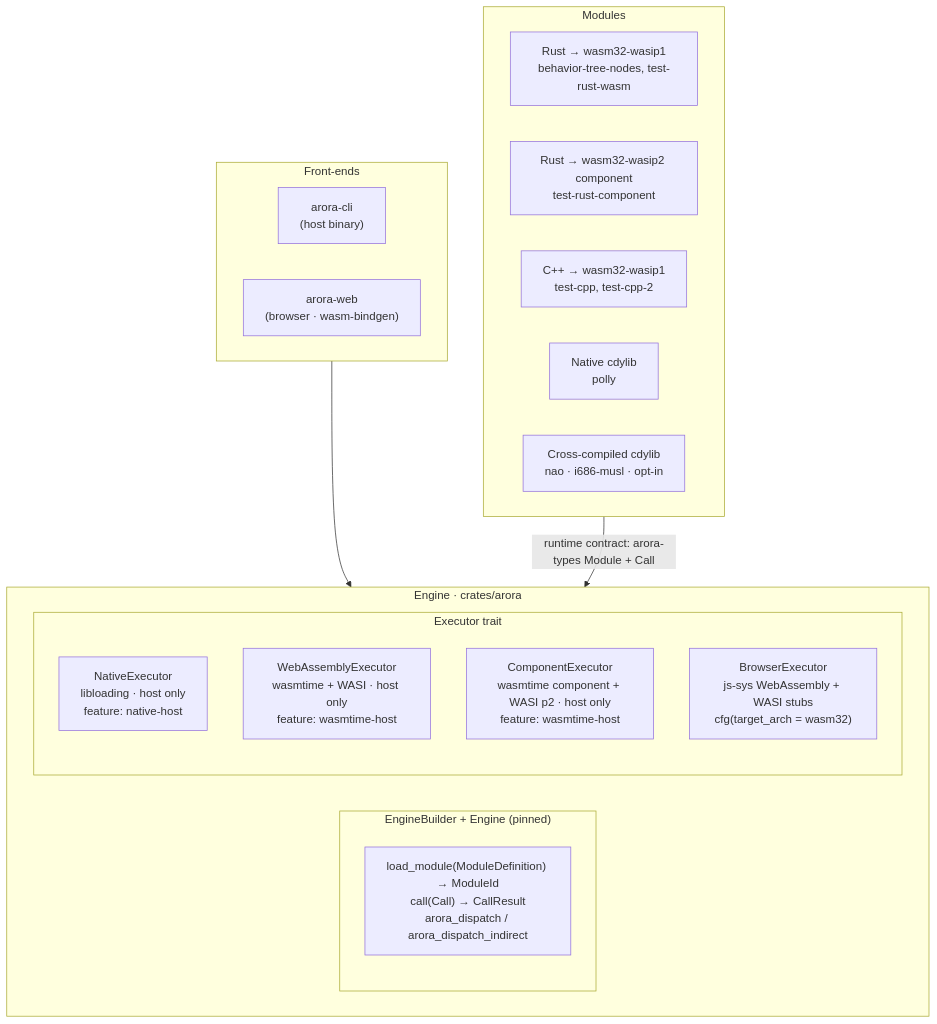
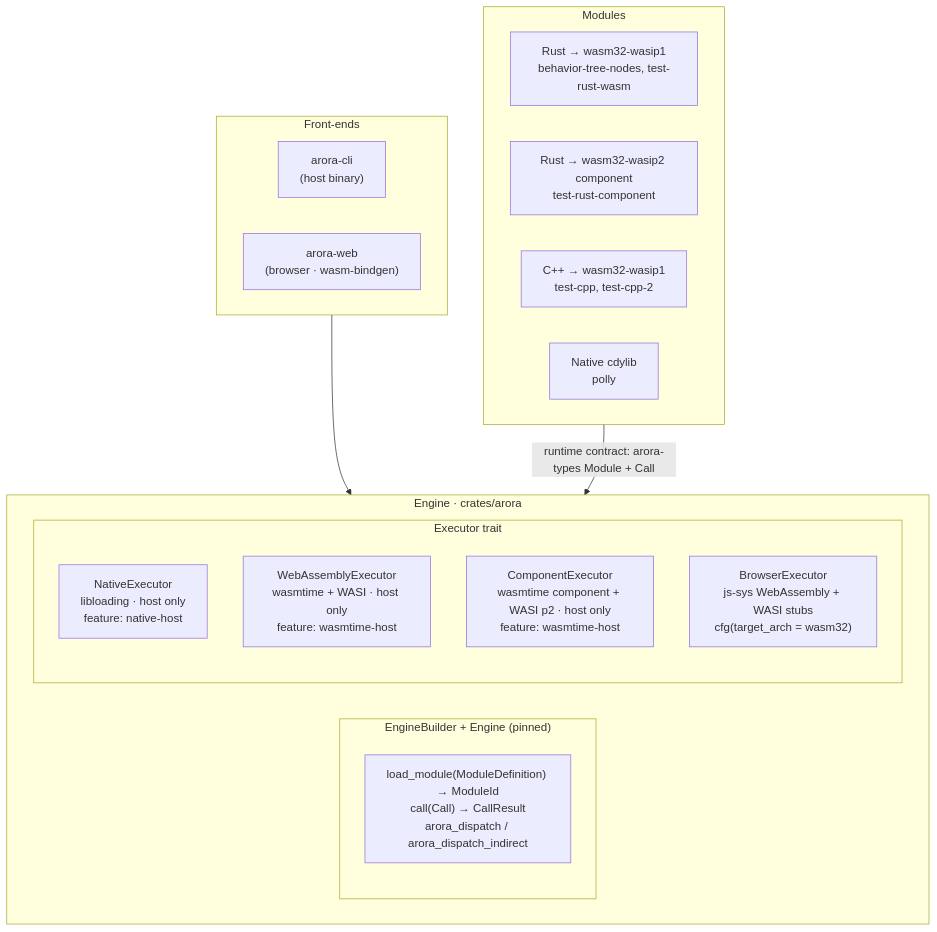
One commit to semio-ai/arora-sdk changed the first of 2 diagrams in docs/architecture.md. Above: the diagram before and after it, drawn with Mermaid. The commit also changed other lines of this file and 42 other files, not shown here.

````diff
--- a/docs/architecture.md
+++ b/docs/architecture.md
@@ -67,30 +67,29 @@
 ```mermaid
 graph TB
     subgraph fe["Front-ends"]
         cli["arora-cli\n(host binary)"]
         web["arora-web\n(browser · wasm-bindgen)"]
     end
 
     subgraph eng["Engine · crates/arora"]
         subgraph engine_api["EngineBuilder + Engine (pinned)"]
             api["load_module(ModuleDefinition) → ModuleId\ncall(Call) → CallResult\narora_dispatch / arora_dispatch_indirect"]
         end
         subgraph executors["Executor trait"]
             native_exec["NativeExecutor\nlibloading · host only\nfeature: native-host"]
             wasm_exec["WebAssemblyExecutor\nwasmtime + WASI · host only\nfeature: wasmtime-host"]
             component_exec["ComponentExecutor\nwasmtime component + WASI p2 · host only\nfeature: wasmtime-host"]
             browser_exec["BrowserExecutor\njs-sys WebAssembly + WASI stubs\ncfg(target_arch = wasm32)"]
         end
     end
 
     subgraph mods["Modules"]
         rust_wasm["Rust → wasm32-wasip1\nbehavior-tree-nodes, test-rust-wasm"]
         rust_component["Rust → wasm32-wasip2 component\ntest-rust-component"]
         cpp_wasm["C++ → wasm32-wasip1\ntest-cpp, test-cpp-2"]
         native_cdylib["Native cdylib\npolly"]
-        cross_cdylib["Cross-compiled cdylib\nnao · i686-musl · opt-in"]
     end
 
     fe --> eng
     mods -->|"runtime contract: arora-types Module + Call"| eng
 ```
````
